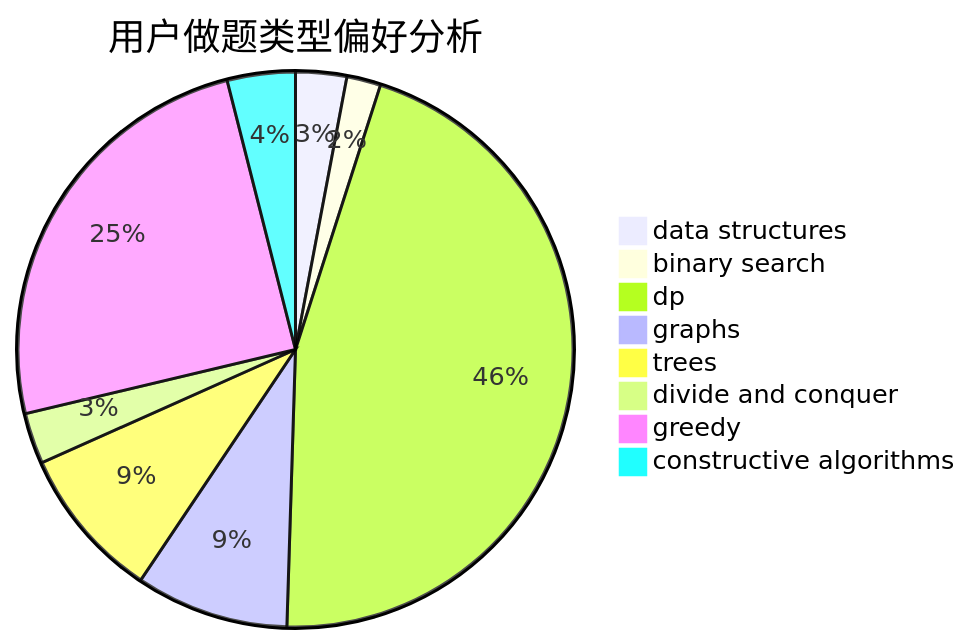
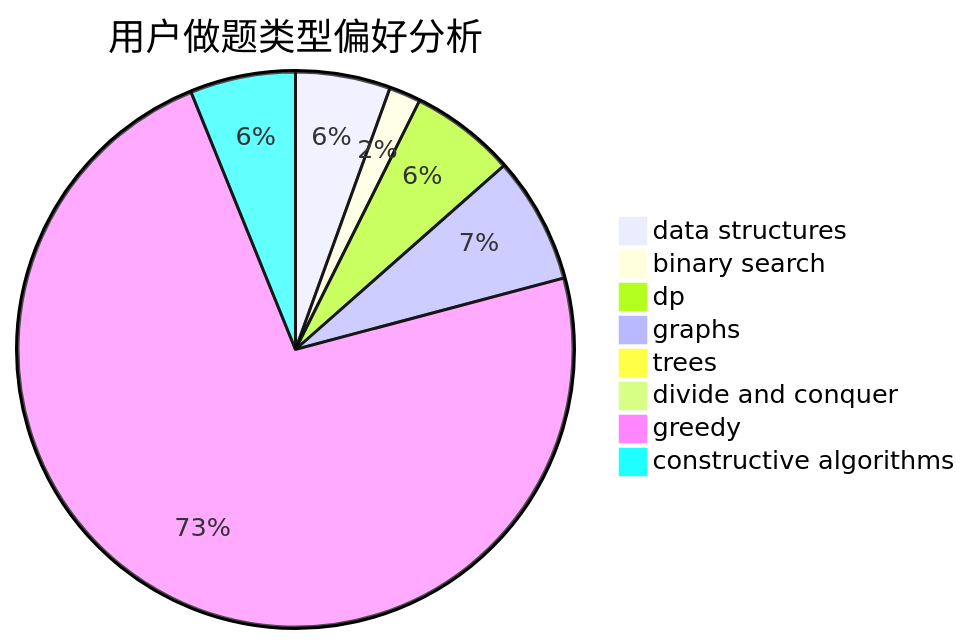
The second of 3 diagrams in docs/user/u2396.md (sherpahu/cfrs.github.io), drawn with Mermaid before and after one commit. The commit also changed other lines of this file and 2770 other files, not shown here.

````diff
--- a/docs/user/u2396.md
+++ b/docs/user/u2396.md
@@ -23,11 +23,11 @@
 ```mermaid
 pie title 用户做题类型偏好分析
-    "data structures" :  3
-    "binary search" :  2
-    "dp" :  46
-    "graphs" :  9
-    "trees" :  9
-    "divide and conquer" :  3
-    "greedy" :  25
-    "constructive algorithms" :  4
+    "data structures" :  9
+    "binary search" :  3
+    "dp" :  10
+    "graphs" :  12
+    "trees" :  0
+    "divide and conquer" :  0
+    "greedy" :  119
+    "constructive algorithms" :  10
 ```
````
